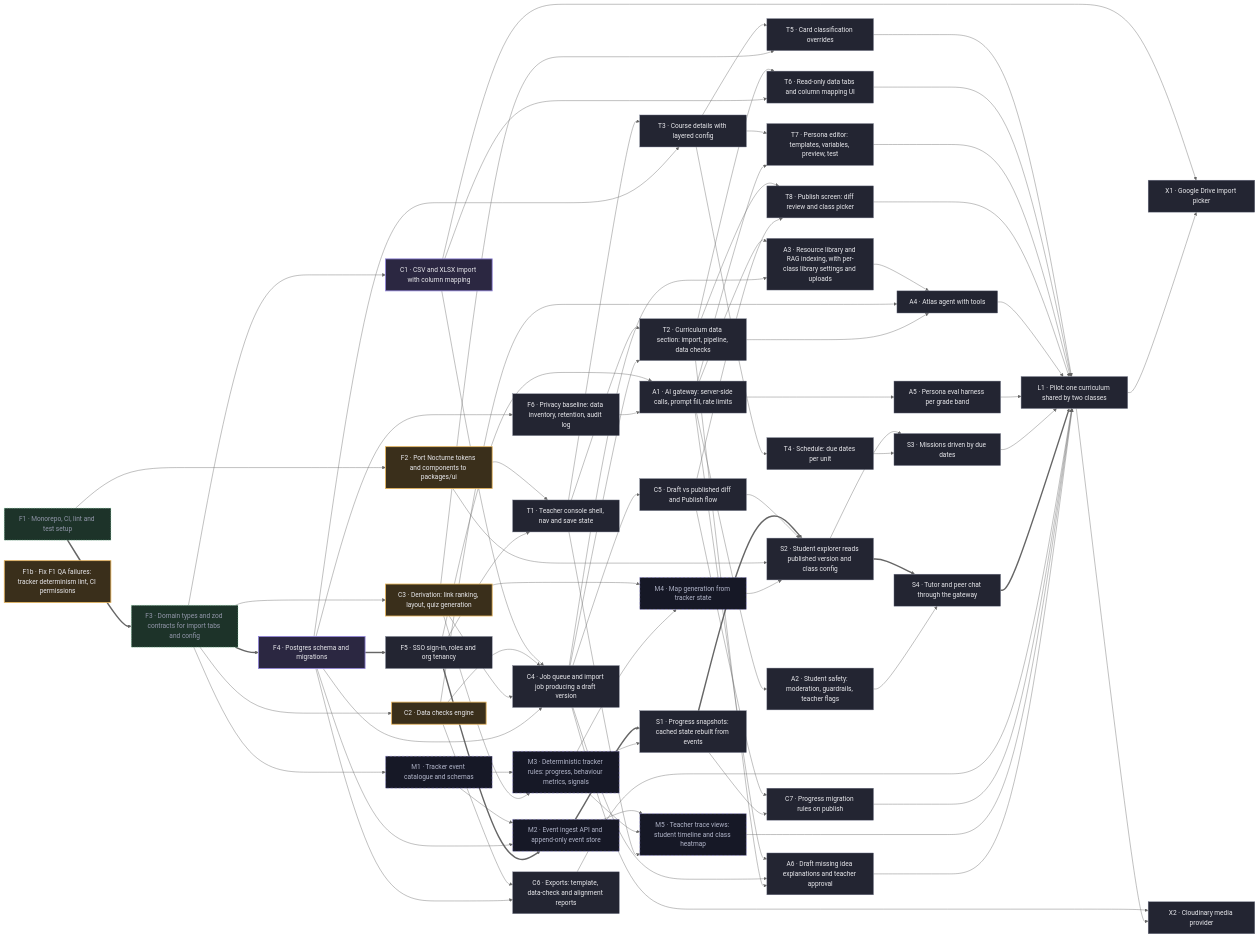
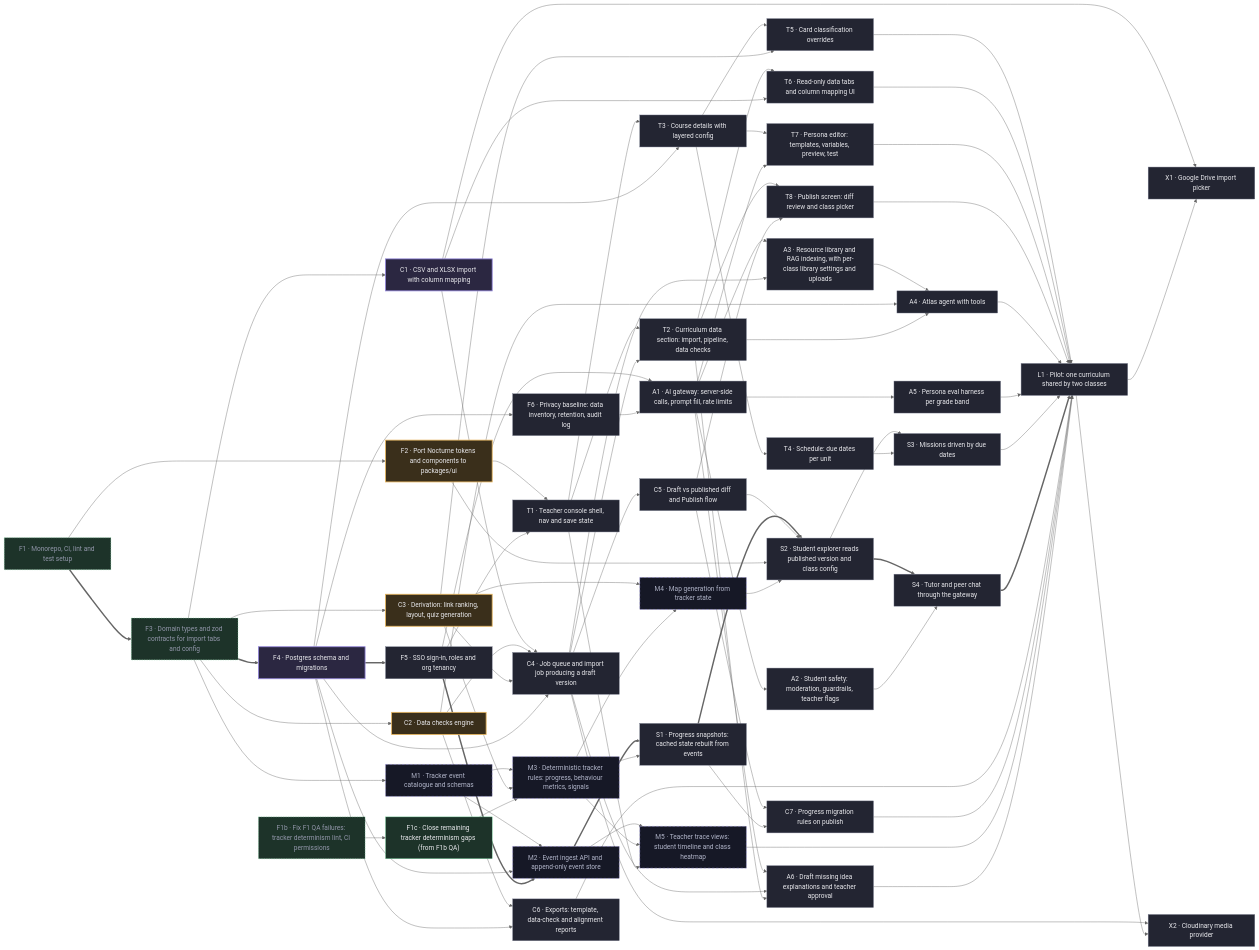
Before and after one commit to tenkevin/mind-your-tutor: the diagram in docs/PLAN.md, drawn with Mermaid (neutral theme). The commit also changed other lines of this file and 3 other files, not shown here.

First line of the commit message:
plan: F1b done (QA PASS); add F1c for remaining tracker bypasses (M3 now waits on it)

````diff
--- a/docs/PLAN.md
+++ b/docs/PLAN.md
@@ -80,6 +84,7 @@
 flowchart LR
   F1["F1 · Monorepo, CI, lint and test setup"]
   F1b["F1b · Fix F1 QA failures: tracker determinism lint, CI permissions"]
+  F1c["F1c · Close remaining tracker determinism gaps (from F1b QA)"]
   F2["F2 · Port Nocturne tokens and components to packages/ui"]
   F3["F3 · Domain types and zod contracts for import tabs and config"]
   F4["F4 · Postgres schema and migrations"]
@@ -118,6 +123,7 @@
   L1["L1 · Pilot: one curriculum shared by two classes"]
   X1["X1 · Google Drive import picker"]
   X2["X2 · Cloudinary media provider"]
+  F1b --> F1c
   F1 --> F2
   F1 ==> F3
   F3 ==> F4
@@ -141,6 +147,7 @@
   F5 ==> M2
   M1 --> M3
   C3 --> M3
+  F1c --> M3
   C3 --> M4
   M3 --> M4
   M2 --> M5
@@ -207,7 +214,8 @@
   classDef spec fill:#161826,stroke:#968ae0,color:#b2b6ca,stroke-dasharray:6 4
   class F5,F6,C4,C5,C6,C7,T1,T2,T3,T4,T5,T6,T7,T8,A1,A2,A3,A4,A5,A6,S1,S2,S3,S4,L1,X1,X2 todo
   class F4,C1 doing
-  class F1b,F2,C2,C3 review
-  class F1,F3 done
+  class F2,C2,C3 review
+  class F1,F1b,F3 done
+  class F1c ready
   class M1,M2,M3,M4,M5 spec
 ```
````
